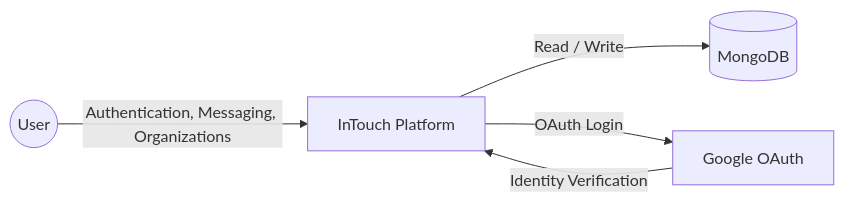
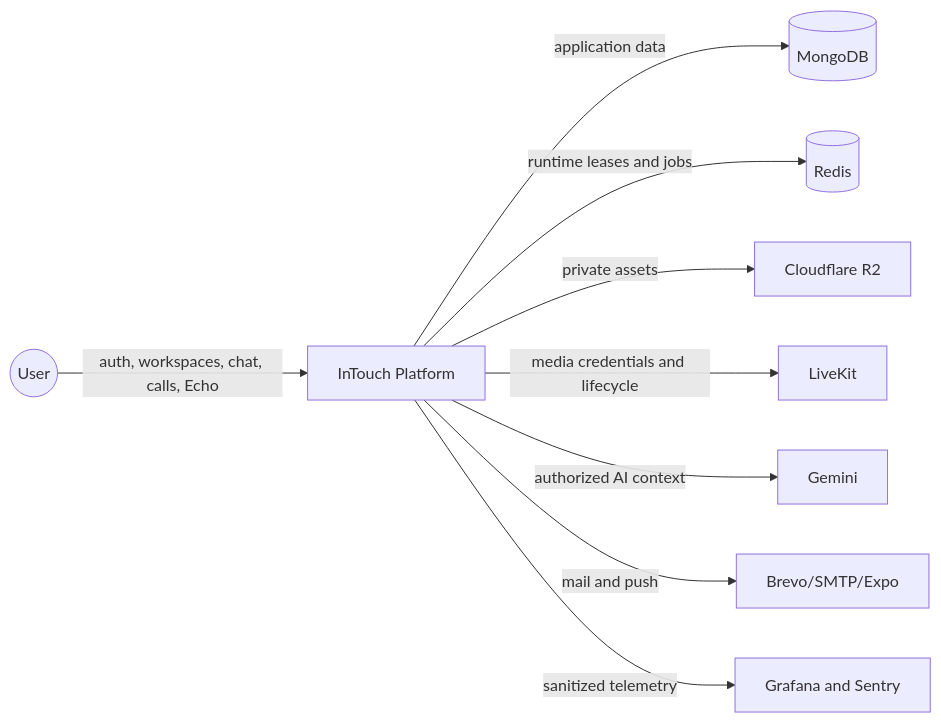
Before and after one commit to RamyMohamed47/intouch-docs: the diagram in Diagrams/DFD Level 0.md, drawn with Mermaid. The commit also changed 80 other files, not shown here.

Commit message:
align documentation vault with current InTouch architecture

````diff
--- a/Diagrams/DFD Level 0.md
+++ b/Diagrams/DFD Level 0.md
@@ -1,19 +3,11 @@
-```mermaid
+~~~mermaid
 flowchart LR
-
-    User((User))
-
-    InTouch["InTouch Platform"]
-
-    DB[(MongoDB)]
-
-    OAuth[Google OAuth]
-
-    User -->|Authentication, Messaging, Organizations| InTouch
-
-    InTouch -->|Read / Write| DB
-
-    InTouch -->|OAuth Login| OAuth
-
-    OAuth -->|Identity Verification| InTouch
-```
+  User((User)) -->|auth, workspaces, chat, calls, Echo| InTouch[InTouch Platform]
+  InTouch -->|application data| Mongo[(MongoDB)]
+  InTouch -->|runtime leases and jobs| Redis[(Redis)]
+  InTouch -->|private assets| R2[Cloudflare R2]
+  InTouch -->|media credentials and lifecycle| LiveKit[LiveKit]
+  InTouch -->|authorized AI context| Gemini[Gemini]
+  InTouch -->|mail and push| Delivery[Brevo/SMTP/Expo]
+  InTouch -->|sanitized telemetry| Monitoring[Grafana and Sentry]
+~~~
````
